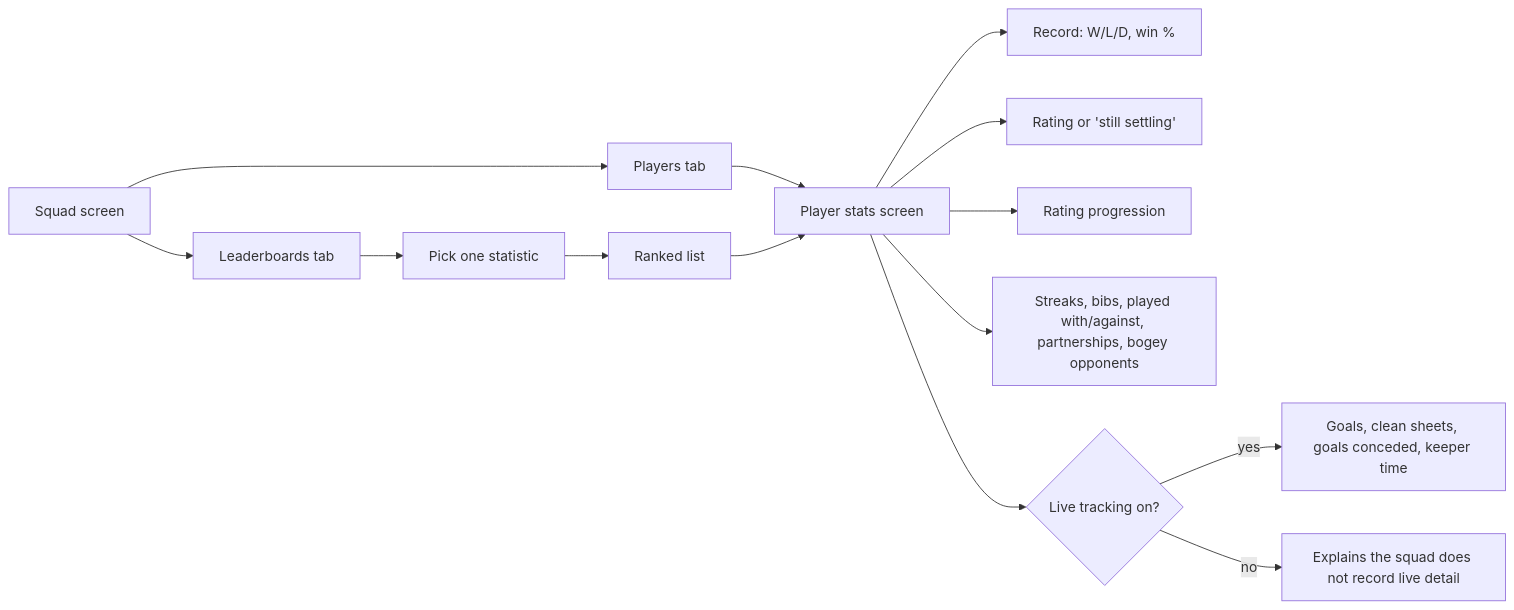
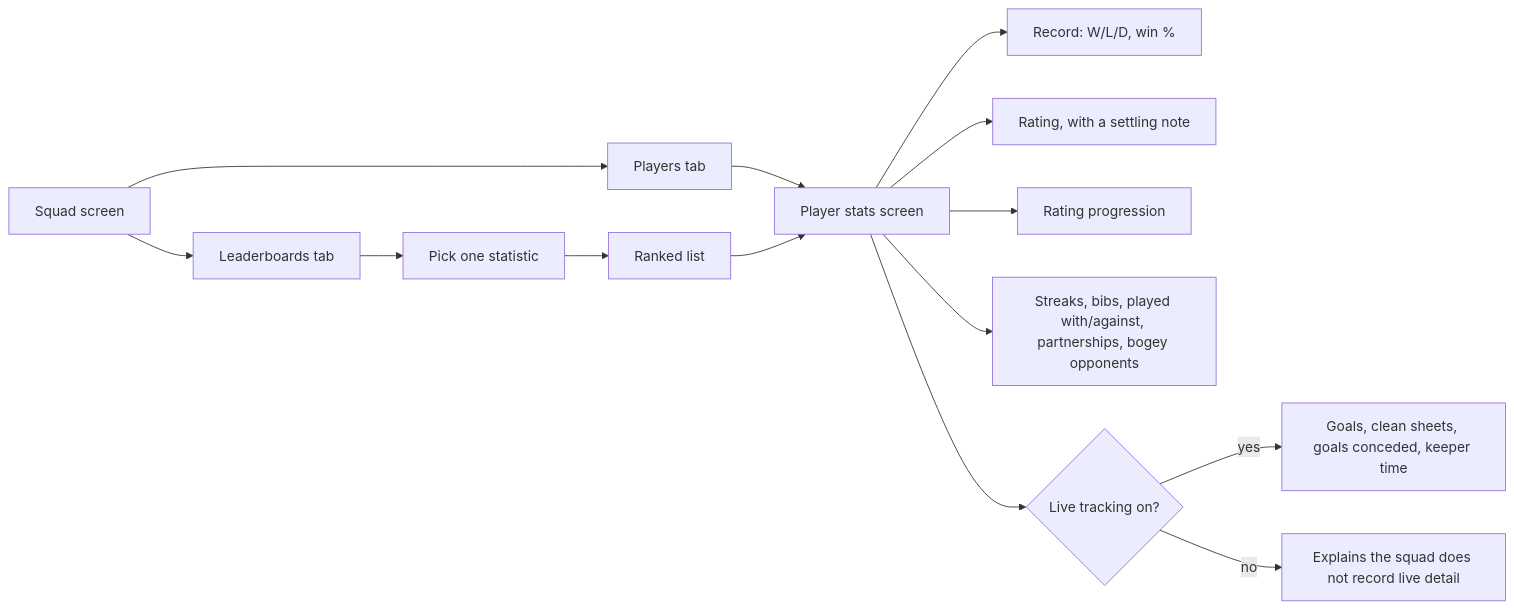
Before and after one commit to WeeDevvo/PitchMate: the fourth of 5 diagrams in specs/master/03-journeys.md, drawn with Mermaid. The commit also changed other lines of this file and 92 other files, not shown here.

First line of the commit message:
feat(ratings): show every player a display rating, with a settling note

````diff
--- a/specs/master/03-journeys.md
+++ b/specs/master/03-journeys.md
@@ -124,12 +124,12 @@
 ```mermaid
 flowchart LR
   squad[Squad screen] --> players[Players tab] --> profile[Player stats screen]
   squad --> boards[Leaderboards tab] --> pick[Pick one statistic] --> ranked[Ranked list] --> profile
   profile --> record[Record: W/L/D, win %]
-  profile --> rating[Rating or 'still settling']
+  profile --> rating[Rating, with a settling note]
   profile --> chart[Rating progression]
   profile --> fun[Streaks, bibs, played with/against, partnerships, bogey opponents]
   profile --> rich{Live tracking on?}
   rich -- yes --> detail[Goals, clean sheets, goals conceded, keeper time]
   rich -- no --> off[Explains the squad does not record live detail]
 ```
````
